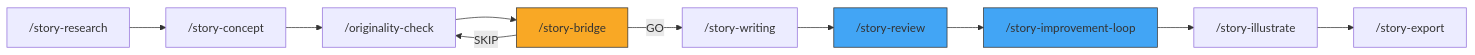
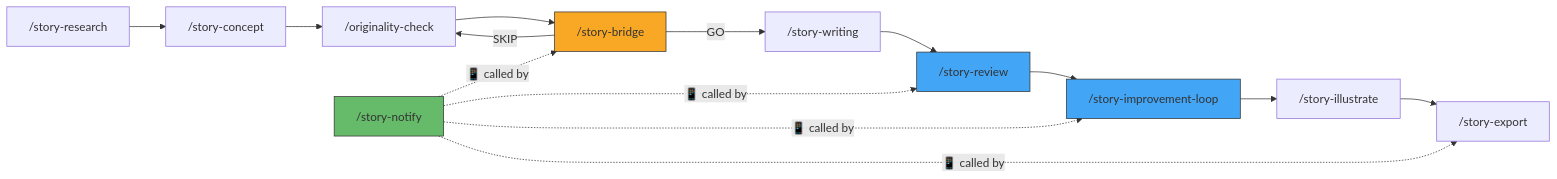
Before and after one commit to codedelamont-beep/bedtime-story-factory: the diagram in CLAUDE.md, drawn with Mermaid. The commit also changed other lines of this file and 8 other files, not shown here.

````diff
--- a/CLAUDE.md
+++ b/CLAUDE.md
@@ -23,16 +26,22 @@
 ```mermaid
 graph LR
     A["/story-research"] --> B["/story-concept"]
     B --> C["/originality-check"]
     C --> D["/story-bridge"]
     D -->|GO| E["/story-writing"]
     D -->|SKIP| C
     E --> F["/story-review"]
     F --> G["/story-improvement-loop"]
     G --> H["/story-illustrate"]
     H --> I["/story-export"]
     
+    N["/story-notify"] -.->|"📱 called by"| D
+    N -.->|"📱 called by"| F
+    N -.->|"📱 called by"| G
+    N -.->|"📱 called by"| I
+    
     style D fill:#f9a825,stroke:#333
     style F fill:#42a5f5,stroke:#333
     style G fill:#42a5f5,stroke:#333
+    style N fill:#66bb6a,stroke:#333
 ```
````
